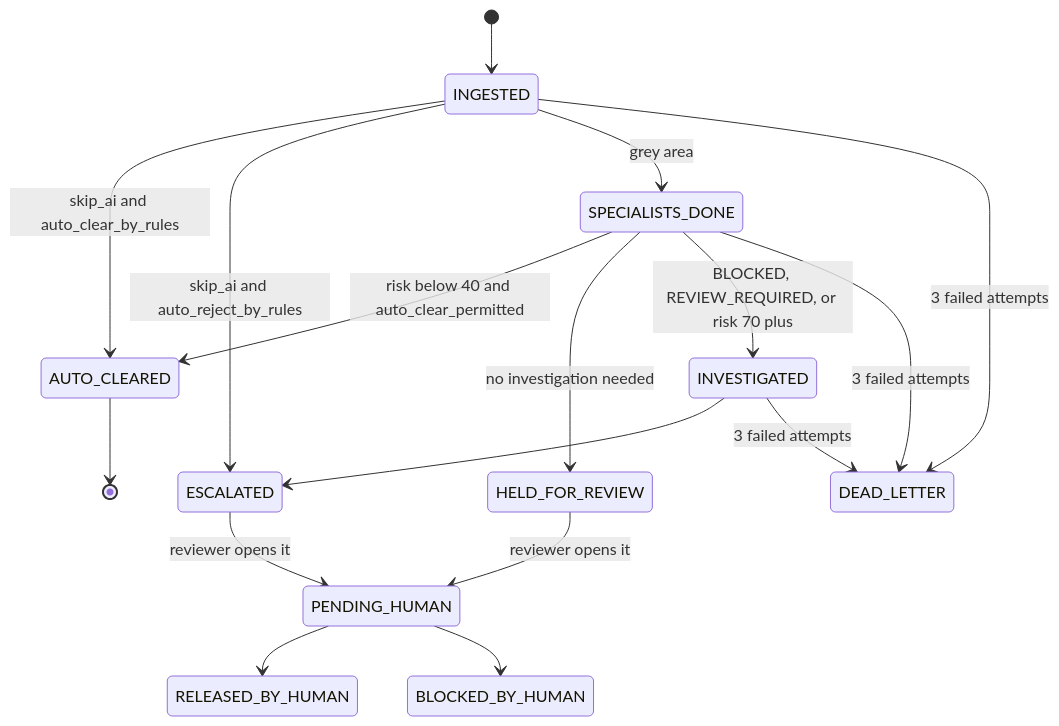
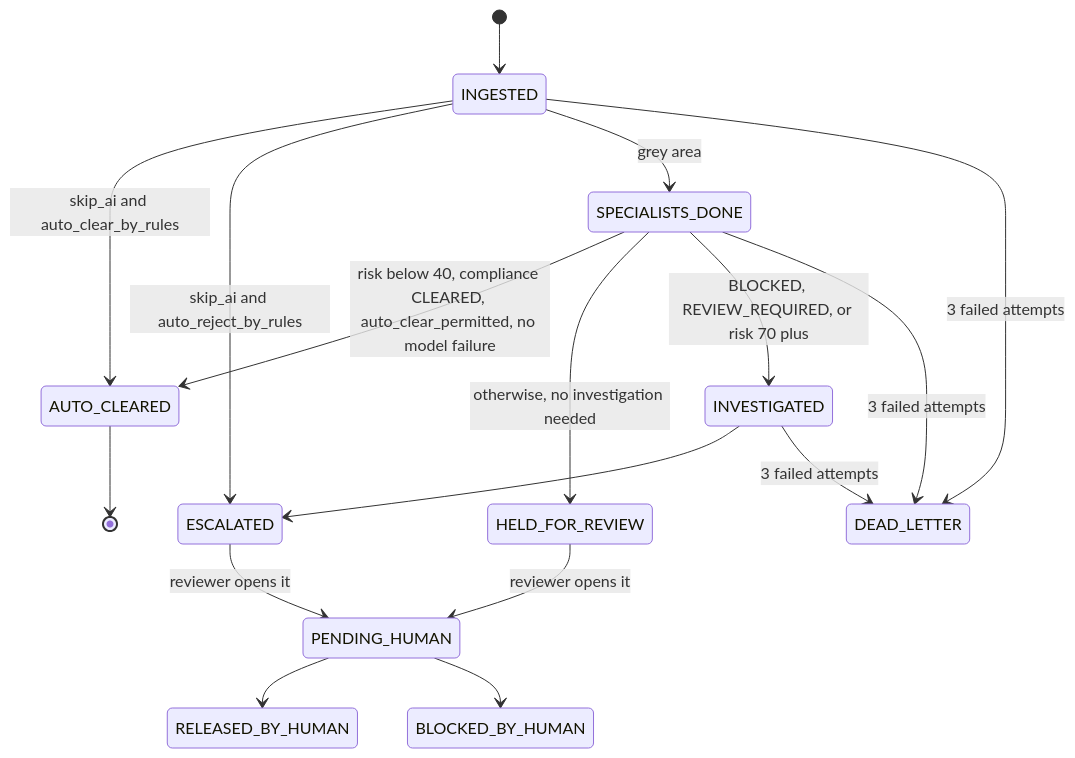
Before and after one commit to hoachauphuoc/vf-logistics-nebius-nvidia: the second of 4 diagrams in docs/ARCHITECTURE.md, drawn with Mermaid. The commit also changed other lines of this file and 4 other files, not shown here.

````diff
--- a/docs/ARCHITECTURE.md
+++ b/docs/ARCHITECTURE.md
@@ -328,24 +328,24 @@
 ```mermaid
 stateDiagram-v2
     [*] --> INGESTED
 
     INGESTED --> AUTO_CLEARED: skip_ai and auto_clear_by_rules
     INGESTED --> ESCALATED: skip_ai and auto_reject_by_rules
     INGESTED --> SPECIALISTS_DONE: grey area
 
-    SPECIALISTS_DONE --> AUTO_CLEARED: risk below 40 and auto_clear_permitted
-    SPECIALISTS_DONE --> HELD_FOR_REVIEW: no investigation needed
+    SPECIALISTS_DONE --> AUTO_CLEARED: risk below 40, compliance CLEARED, auto_clear_permitted, no model failure
+    SPECIALISTS_DONE --> HELD_FOR_REVIEW: otherwise, no investigation needed
     SPECIALISTS_DONE --> INVESTIGATED: BLOCKED, REVIEW_REQUIRED, or risk 70 plus
 
     INVESTIGATED --> ESCALATED
 
     AUTO_CLEARED --> [*]
     HELD_FOR_REVIEW --> PENDING_HUMAN: reviewer opens it
     ESCALATED --> PENDING_HUMAN: reviewer opens it
     PENDING_HUMAN --> RELEASED_BY_HUMAN
     PENDING_HUMAN --> BLOCKED_BY_HUMAN
 
     INGESTED --> DEAD_LETTER: 3 failed attempts
     SPECIALISTS_DONE --> DEAD_LETTER: 3 failed attempts
     INVESTIGATED --> DEAD_LETTER: 3 failed attempts
 ```
````
